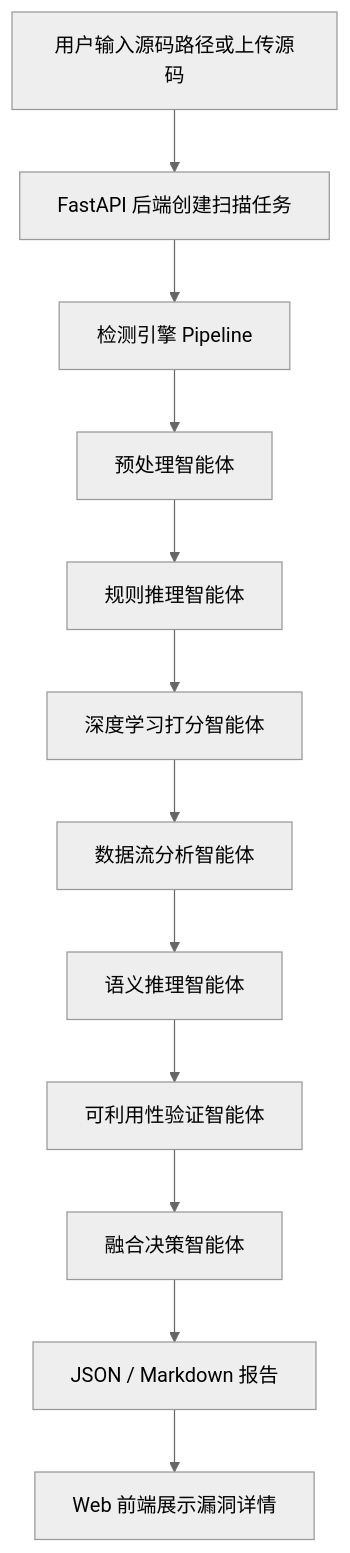
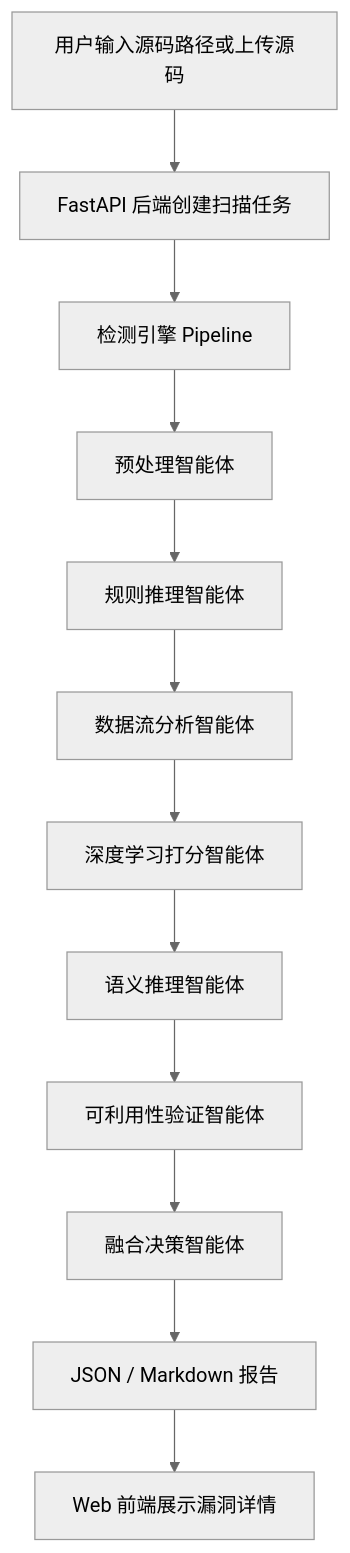
The diagram in docs/beginner_guide.md (jdytwagn/Agent-vuln-detector), drawn with Mermaid (neutral theme) before and after one commit. The commit also changed other lines of this file and 38 other files, not shown here.

````diff
--- a/docs/beginner_guide.md
+++ b/docs/beginner_guide.md
@@ -42,14 +42,14 @@
 ```mermaid
 flowchart TD
   A["用户输入源码路径或上传源码"] --> B["FastAPI 后端创建扫描任务"]
   B --> C["检测引擎 Pipeline"]
   C --> D["预处理智能体"]
   D --> E["规则推理智能体"]
-  E --> F["深度学习打分智能体"]
-  F --> G["数据流分析智能体"]
-  G --> H["语义推理智能体"]
+  E --> G["数据流分析智能体"]
+  G --> F["深度学习打分智能体"]
+  F --> H["语义推理智能体"]
   H --> I["可利用性验证智能体"]
   I --> J["融合决策智能体"]
   J --> K["JSON / Markdown 报告"]
   K --> L["Web 前端展示漏洞详情"]
 ```
````
